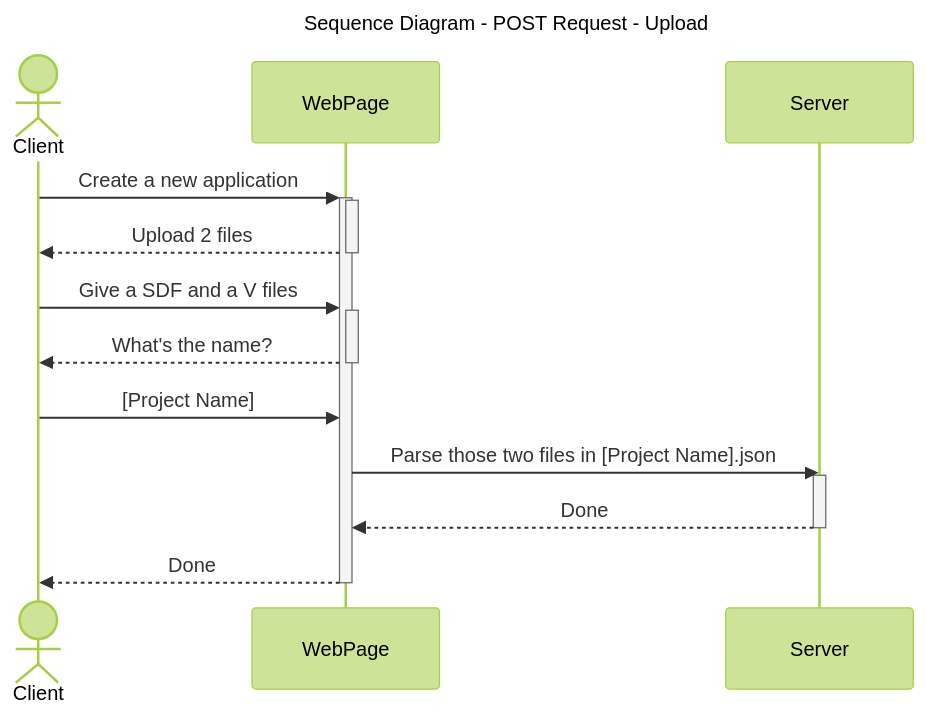
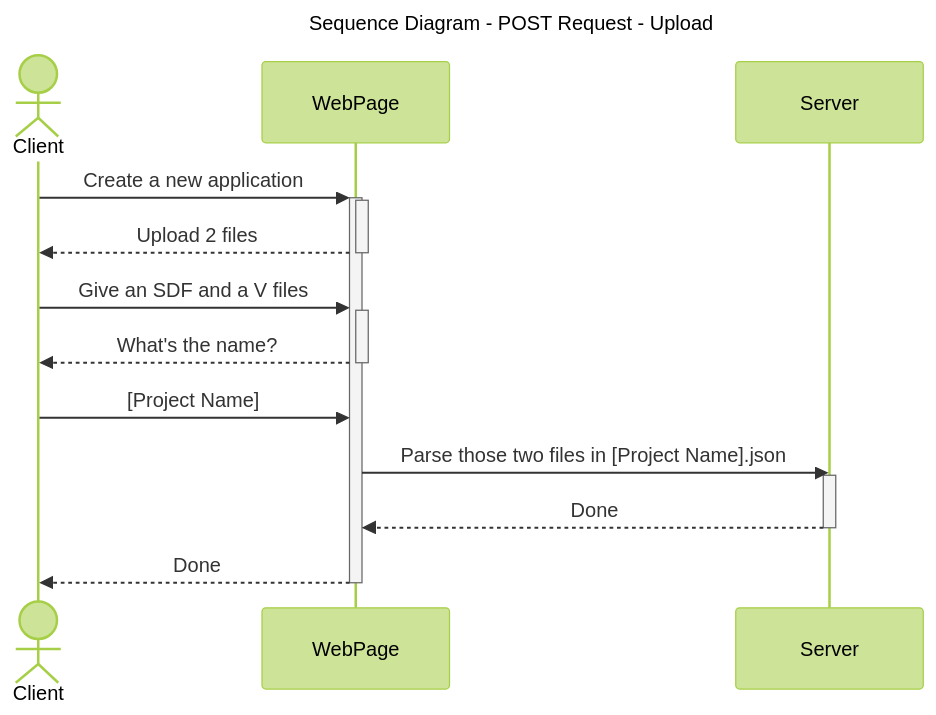
The sixth of 8 diagrams in documents/technical/technicalSpecifications.md (algosup/2024-2025-project-4-web-fpga-team-5), drawn with Mermaid (forest theme) before and after one commit. The commit also changed other lines of this file, not shown here.

````diff
--- a/documents/technical/technicalSpecifications.md
+++ b/documents/technical/technicalSpecifications.md
@@ -363,22 +363,22 @@
 ```mermaid
 ---
 title: Sequence Diagram - POST Request - Upload
 ---
 sequenceDiagram
 actor C as Client
 participant W as WebPage
 participant S as Server
 
 C->>+W: Create a new application
 activate W
 W-->>-C: Upload 2 files
-C->>+W: Give a SDF and a V files
+C->>+W: Give an SDF and a V files
 W-->>-C: What's the name?
 C->>W: [Project Name]
 W->>S: Parse those two files in [Project Name].json
 activate S
 S-->>W: Done
 deactivate S
 W-->>C: Done
 deactivate W
 ```
````
